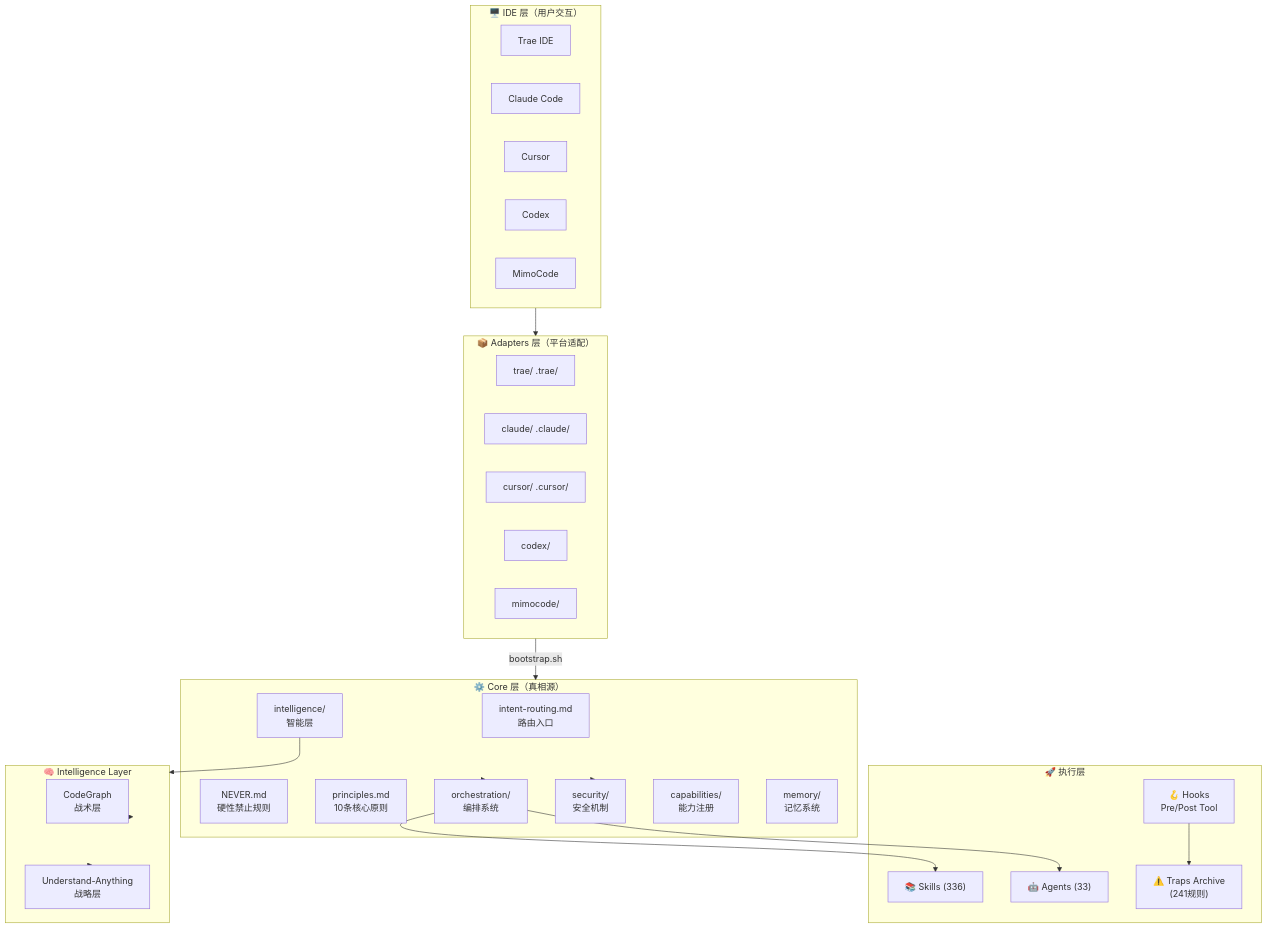
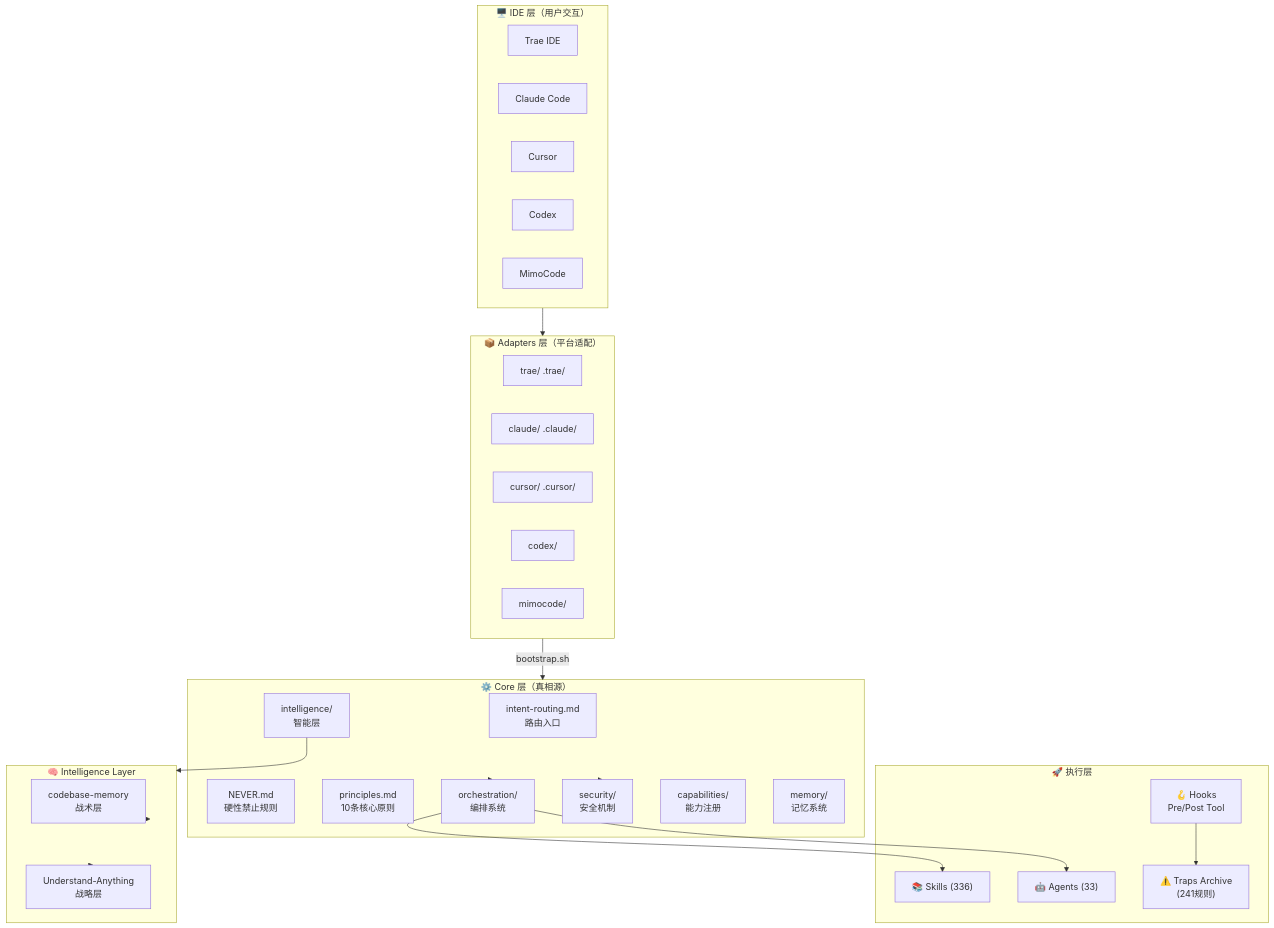
One commit to zhoupei6251/harness-foundry changed the first of 10 diagrams in docs/harness-foundry-knowledge-graph.md. Above: the diagram before and after it, drawn with Mermaid. The commit also changed other lines of this file and 15 other files, not shown here.

First line of the commit message:
docs: rewrite v2.1 architecture / plan / intelligence-layer guides

````diff
--- a/docs/harness-foundry-knowledge-graph.md
+++ b/docs/harness-foundry-knowledge-graph.md
@@ -10,52 +10,52 @@
 ```mermaid
 flowchart TB
     subgraph IDE["🖥️ IDE 层（用户交互）"]
         Trae["Trae IDE"]
         ClaudeCode["Claude Code"]
         Cursor["Cursor"]
         Codex["Codex"]
         MimoCode["MimoCode"]
     end
 
     subgraph Adapters["📦 Adapters 层（平台适配）"]
         TraeAdapter["trae/ .trae/"]
         ClaudeAdapter["claude/ .claude/"]
         CursorAdapter["cursor/ .cursor/"]
         CodexAdapter["codex/"]
         MimoAdapter["mimocode/"]
     end
 
     subgraph Core["⚙️ Core 层（真相源）"]
         Routing["intent-routing.md<br/>路由入口"]
         Never["NEVER.md<br/>硬性禁止规则"]
         Principles["principles.md<br/>10条核心原则"]
         Orchestration["orchestration/<br/>编排系统"]
         Security["security/<br/>安全机制"]
         Capabilities["capabilities/<br/>能力注册"]
         Intelligence["intelligence/<br/>智能层"]
         Memory["memory/<br/>记忆系统"]
     end
 
     subgraph Execution["🚀 执行层"]
         Skills["📚 Skills (336)"]
         Agents["🤖 Agents (33)"]
         Hooks["🪝 Hooks<br/>Pre/Post Tool"]
         Traps["⚠️ Traps Archive<br/>(241规则)"]
     end
 
     subgraph IntelligenceLayer["🧠 Intelligence Layer"]
-        CodeGraph["CodeGraph<br/>战术层"]
+        codebase-memory["codebase-memory<br/>战术层"]
         UAPlugin["Understand-Anything<br/>战略层"]
     end
 
     IDE --> Adapters
     Adapters -->|"bootstrap.sh"| Core
     Core --> Orchestration
     Core --> Security
     Orchestration --> Skills
     Orchestration --> Agents
     Hooks --> Traps
     Intelligence --> IntelligenceLayer
-    IntelligenceLayer --> CodeGraph
+    IntelligenceLayer --> codebase-memory
     IntelligenceLayer --> UAPlugin
 ```
````
